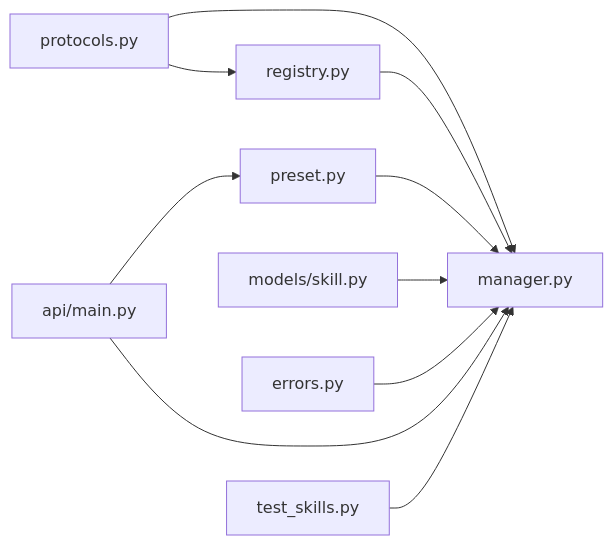
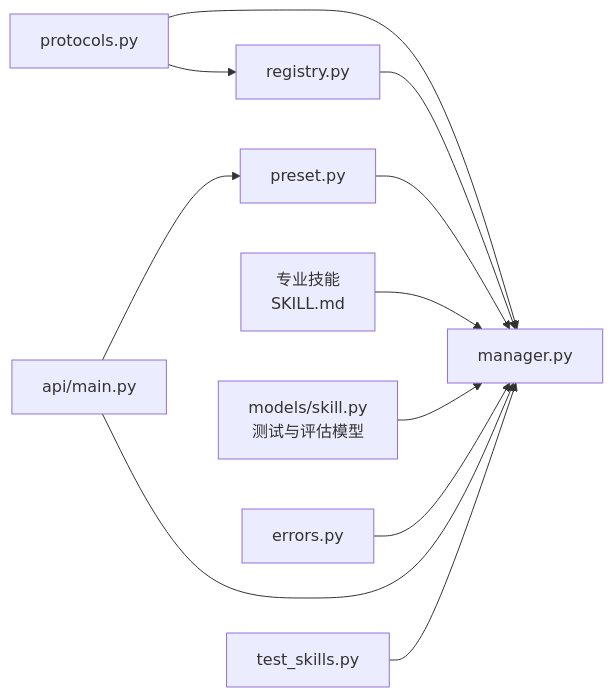
The sixth of 6 diagrams in .qoder/repowiki/zh/content/多智能体系统/技能系统/技能系统.md (xinetzone/tao), drawn with Mermaid before and after one commit. The commit also changed other lines of this file and 5 other files, not shown here.

````diff
--- a/.qoder/repowiki/zh/content/多智能体系统/技能系统/技能系统.md
+++ b/.qoder/repowiki/zh/content/多智能体系统/技能系统/技能系统.md
@@ -307,12 +428,13 @@
 ```mermaid
 graph LR
 P["protocols.py"] --> R["registry.py"]
 P --> M["manager.py"]
 R --> M
 S["preset.py"] --> M
-E["models/skill.py"] --> M
+PS["专业技能<br/>SKILL.md"] --> M
+E["models/skill.py<br/>测试与评估模型"] --> M
 ERR["errors.py"] --> M
 A["api/main.py"] --> S
 A --> M
 T["test_skills.py"] --> M
 ```
````
